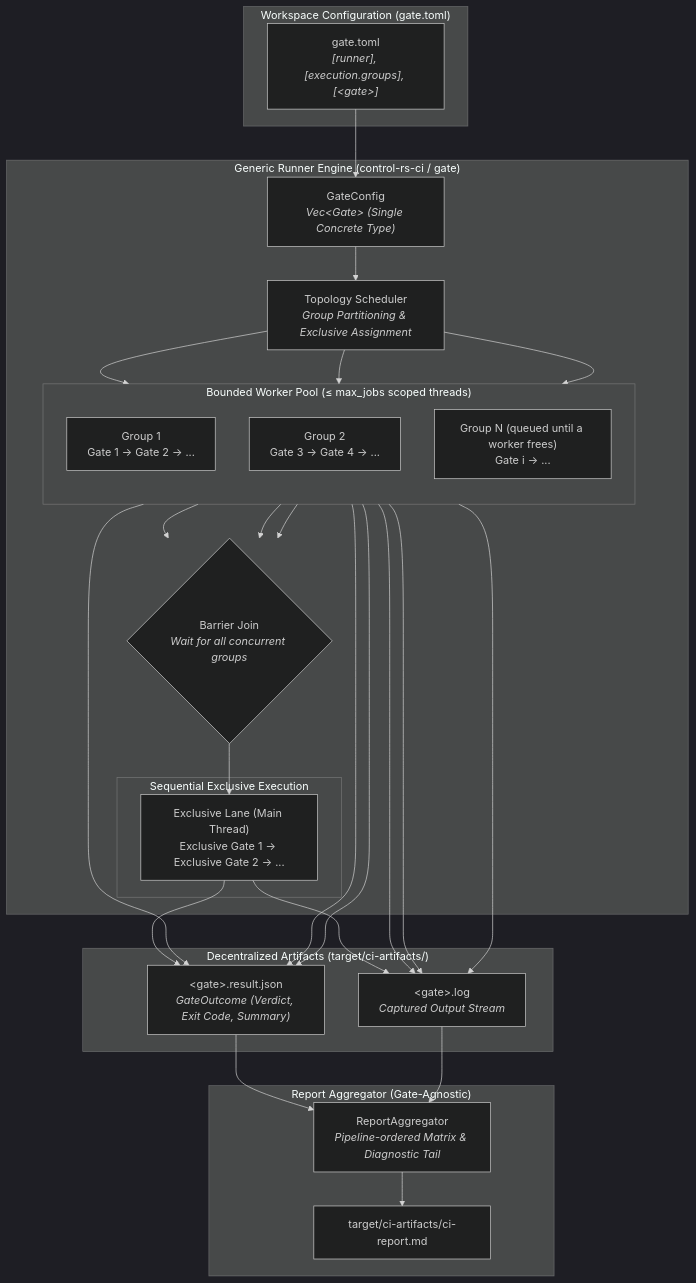
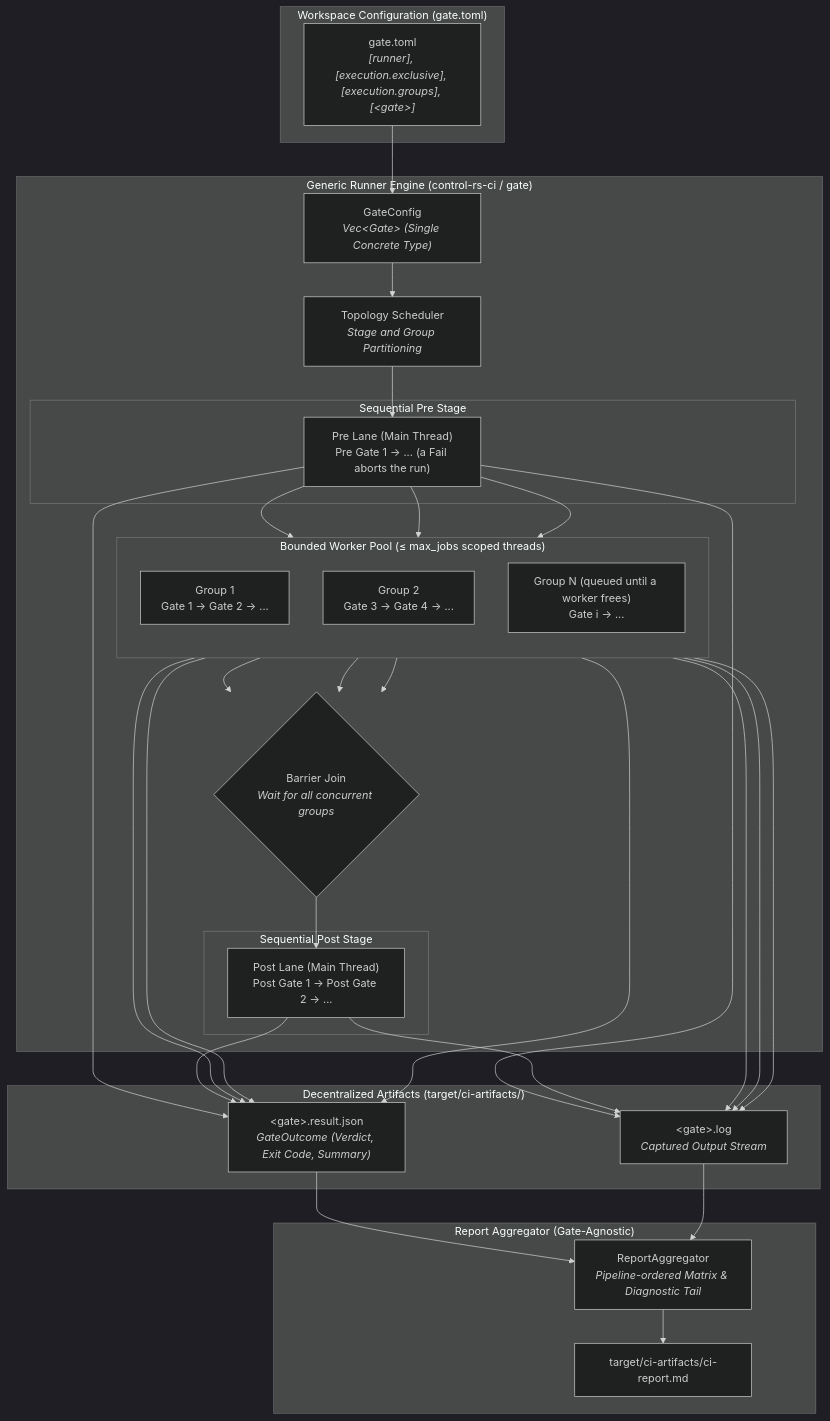
The diagram in documentation/ci/ci-design.md (Dyse-Industries/control-rs), drawn with Mermaid (dark theme) before and after one commit. The commit also changed other lines of this file and 41 other files, not shown here.

````diff
--- a/documentation/ci/ci-design.md
+++ b/documentation/ci/ci-design.md
@@ -179,42 +187,46 @@
 ```mermaid
 flowchart TD
     subgraph Config["Workspace Configuration (gate.toml)"]
-        CFG["gate.toml<br/><i>[runner], [execution.groups], [&lt;gate&gt;]</i>"]
+        CFG["gate.toml<br/><i>[runner], [execution.exclusive], [execution.groups], [&lt;gate&gt;]</i>"]
     end
 
     subgraph Runner["Generic Runner Engine (control-rs-ci / gate)"]
         GC["GateConfig<br/><i>Vec&lt;Gate&gt; (Single Concrete Type)</i>"]
-        SCHED["Topology Scheduler<br/><i>Group Partitioning &amp; Exclusive Assignment</i>"]
+        SCHED["Topology Scheduler<br/><i>Stage and Group Partitioning</i>"]
+
+        subgraph Pre["Sequential Pre Stage"]
+            PRE["Pre Lane (Main Thread)<br/>Pre Gate 1 → ... (a Fail aborts the run)"]
+        end
 
         subgraph Groups["Bounded Worker Pool (≤ max_jobs scoped threads)"]
             direction TB
             G1["Group 1<br/>Gate 1 → Gate 2 → ..."]
             G2["Group 2<br/>Gate 3 → Gate 4 → ..."]
             GN["Group N (queued until a worker frees)<br/>Gate i → ..."]
         end
 
         BARRIER{"Barrier Join<br/><i>Wait for all concurrent groups</i>"}
 
-        subgraph Exclusive["Sequential Exclusive Execution"]
-            EX["Exclusive Lane (Main Thread)<br/>Exclusive Gate 1 → Exclusive Gate 2 → ..."]
+        subgraph Post["Sequential Post Stage"]
+            EX["Post Lane (Main Thread)<br/>Post Gate 1 → Post Gate 2 → ..."]
         end
     end
 
     subgraph Artifacts["Decentralized Artifacts (target/ci-artifacts/)"]
         RES["&lt;gate&gt;.result.json<br/><i>GateOutcome (Verdict, Exit Code, Summary)</i>"]
         LOG["&lt;gate&gt;.log<br/><i>Captured Output Stream</i>"]
     end
 
     subgraph Reporting["Report Aggregator (Gate-Agnostic)"]
         AGG["ReportAggregator<br/><i>Pipeline-ordered Matrix &amp; Diagnostic Tail</i>"]
         MD["target/ci-artifacts/ci-report.md"]
     end
 
-    CFG --> GC --> SCHED
-    SCHED --> G1 & G2 & GN
+    CFG --> GC --> SCHED --> PRE
+    PRE --> G1 & G2 & GN
     G1 & G2 & GN --> BARRIER
     BARRIER --> EX
-    G1 & G2 & GN --> RES & LOG
+    PRE & G1 & G2 & GN --> RES & LOG
     EX --> RES & LOG
     RES & LOG --> AGG --> MD
 ```
````
